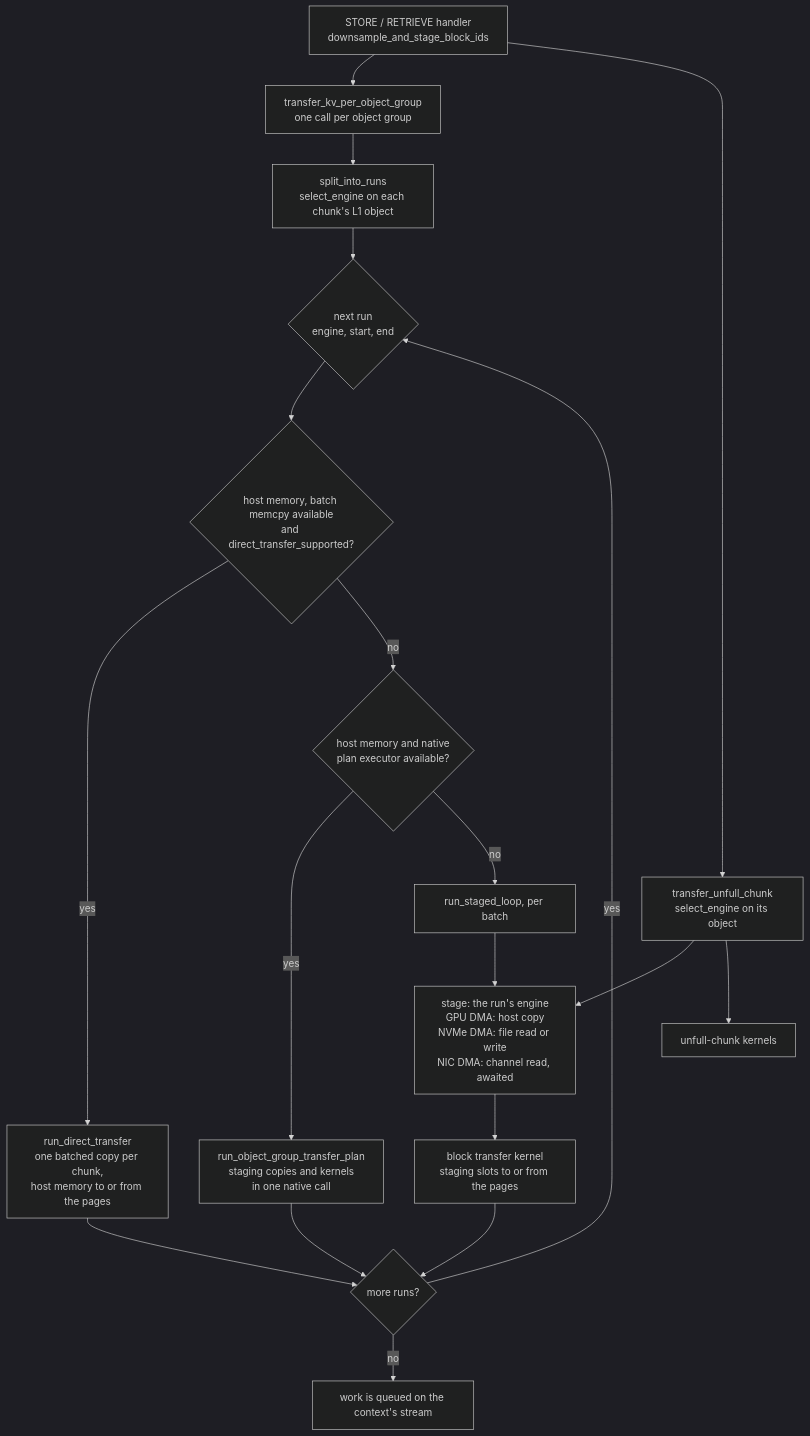
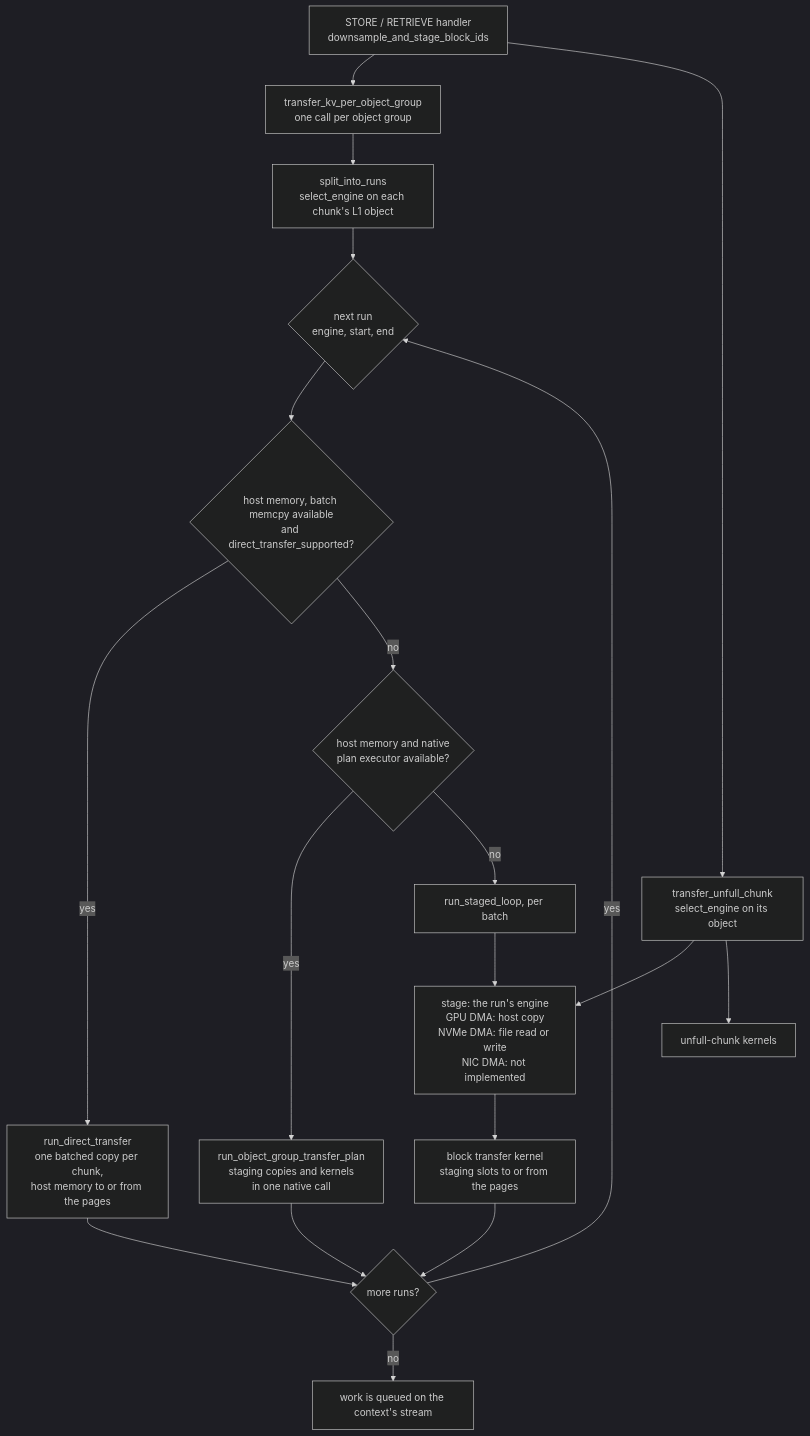
The diagram in docs/design/v1/multiprocess/lmcache_driven_transfer_copy_paths.md (LMCache/LMCache), drawn with Mermaid (dark theme) before and after one commit. The commit also changed other lines of this file and 8 other files, not shown here.

First line of the commit message:
[MP] Reduce the NIC DMA engine to a placeholder

````diff
--- a/docs/design/v1/multiprocess/lmcache_driven_transfer_copy_paths.md
+++ b/docs/design/v1/multiprocess/lmcache_driven_transfer_copy_paths.md
@@ -69,35 +71,35 @@
 ```mermaid
 flowchart TD
     H["STORE / RETRIEVE handler<br/>downsample_and_stage_block_ids"]
     D["transfer_kv_per_object_group<br/>one call per object group"]
     S["split_into_runs<br/>select_engine on each chunk's L1 object"]
     R{"next run<br/>engine, start, end"}
     G1{"host memory, batch memcpy available<br/>and direct_transfer_supported?"}
     G2{"host memory and native<br/>plan executor available?"}
     GD["run_direct_transfer<br/>one batched copy per chunk,<br/>host memory to or from the pages"]
     GP["run_object_group_transfer_plan<br/>staging copies and kernels<br/>in one native call"]
     L["run_staged_loop, per batch"]
-    ST["stage: the run's engine<br/>GPU DMA: host copy<br/>NVMe DMA: file read or write<br/>NIC DMA: channel read, awaited"]
+    ST["stage: the run's engine<br/>GPU DMA: host copy<br/>NVMe DMA: file read or write<br/>NIC DMA: not implemented"]
     K["block transfer kernel<br/>staging slots to or from the pages"]
     E{"more runs?"}
     Q["work is queued on the context's stream"]
     U["transfer_unfull_chunk<br/>select_engine on its object"]
     UK["unfull-chunk kernels"]
 
     H --> D --> S --> R
     R --> G1
     G1 -->|yes| GD
     G1 -->|no| G2
     G2 -->|yes| GP
     G2 -->|no| L
     L --> ST
     ST --> K
     GD --> E
     GP --> E
     K --> E
     E -->|yes| R
     E -->|no| Q
     H --> U
     U --> ST
     U --> UK
 ```
````
